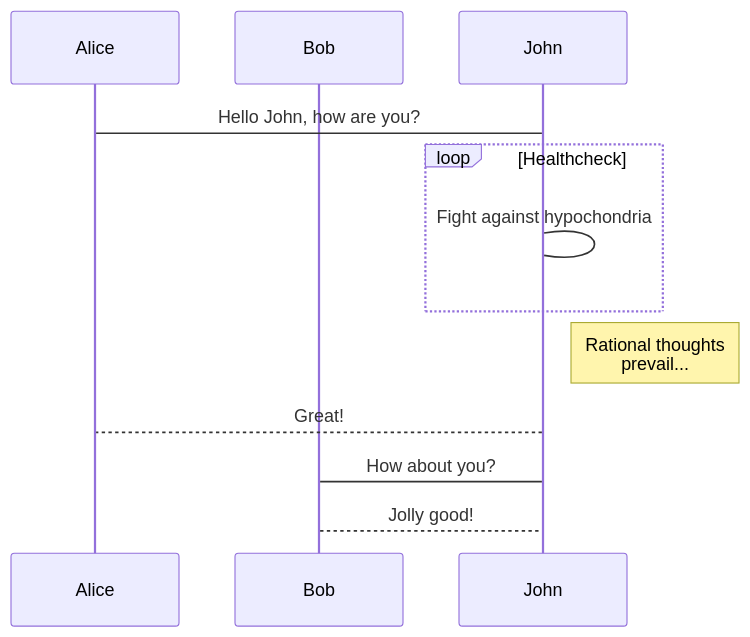
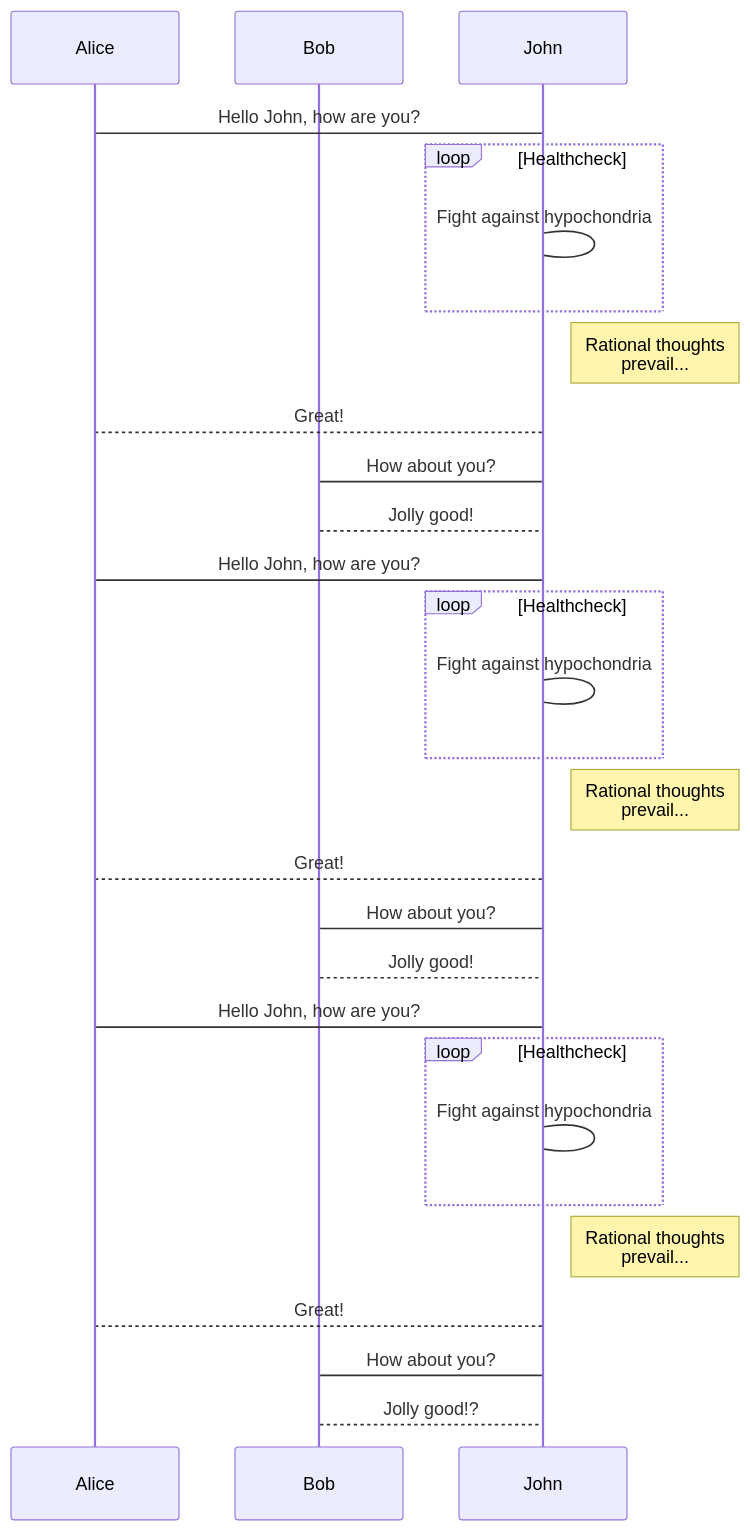
The diagram in sample/sample-mermaid-seq.mmd (arichika/previewseqdiag-vscode), drawn with Mermaid before and after one commit. The commit also changed 3 other files, not shown here.

Commit message:
remove mermaid's unexpected margin-y

```diff
--- a/sample/sample-mermaid-seq.mmd
+++ b/sample/sample-mermaid-seq.mmd
@@ -1,11 +1,29 @@
 sequenceDiagram
     participant Alice
     participant Bob
     Alice->John: Hello John, how are you?
     loop Healthcheck
         John->John: Fight against hypochondria
     end
     Note right of John: Rational thoughts <br/>prevail...
     John-->Alice: Great!
     John->Bob: How about you?
     Bob-->John: Jolly good!
+
+    Alice->John: Hello John, how are you?
+    loop Healthcheck
+        John->John: Fight against hypochondria
+    end
+    Note right of John: Rational thoughts <br/>prevail...
+    John-->Alice: Great!
+    John->Bob: How about you?
+    Bob-->John: Jolly good!
+
+    Alice->John: Hello John, how are you?
+    loop Healthcheck
+        John->John: Fight against hypochondria
+    end
+    Note right of John: Rational thoughts <br/>prevail...
+    John-->Alice: Great!
+    John->Bob: How about you?
+    Bob-->John: Jolly good!?
```
